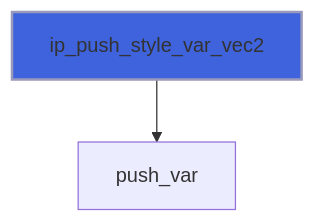
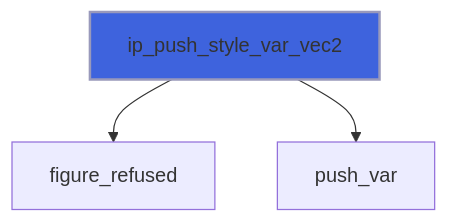
Diagram 18 of 44 in docs/api/src/lib/figure_style.md (szaghi/figure), drawn with Mermaid before and after one commit. The commit also changed other lines of this file and 10 other files, not shown here.

````diff
--- a/docs/api/src/lib/figure_style.md
+++ b/docs/api/src/lib/figure_style.md
@@ -575,5 +615,6 @@
 ```mermaid
 flowchart TD
+  ip_push_style_var_vec2["ip_push_style_var_vec2"] --> figure_refused["figure_refused"]
   ip_push_style_var_vec2["ip_push_style_var_vec2"] --> push_var["push_var"]
   style ip_push_style_var_vec2 fill:#3e63dd,stroke:#99b,stroke-width:2px
 ```
````
